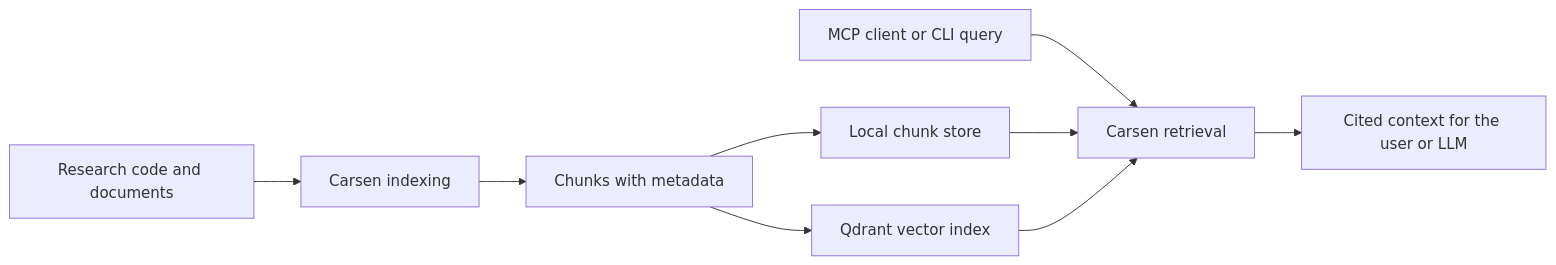
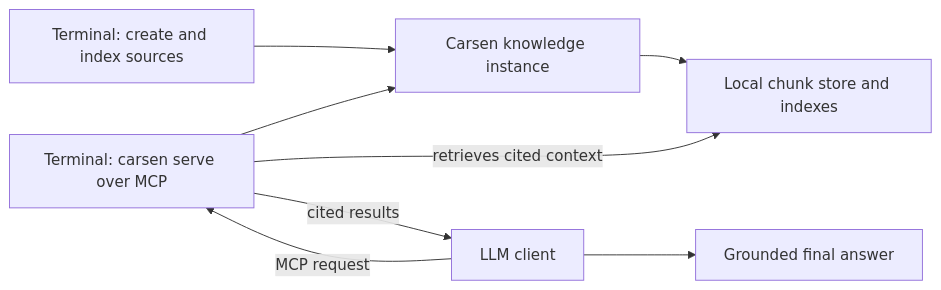
One commit to LorenzoMugnai/Carsen changed the diagram in docs/quickstart.md. Above: the diagram before and after it, drawn with Mermaid. The commit also changed other lines of this file and 17 other files, not shown here.

````diff
--- a/docs/quickstart.md
+++ b/docs/quickstart.md
@@ -5,11 +9,10 @@
 ```mermaid
 flowchart LR
-    A[Research code and documents] --> B[Carsen indexing]
-    B --> C[Chunks with metadata]
-    C --> D[Local chunk store]
-    C --> E[Qdrant vector index]
-    F[MCP client or CLI query] --> G[Carsen retrieval]
-    D --> G
-    E --> G
-    G --> H[Cited context for the user or LLM]
+    A[Terminal: create and index sources] --> B[Carsen knowledge instance]
+    B --> C[Local chunk store and indexes]
+    D[Terminal: carsen serve over MCP] --> B
+    E[LLM client] -->|MCP request| D
+    D -->|retrieves cited context| C
+    D -->|cited results| E
+    E --> F[Grounded final answer]
 ```
````
